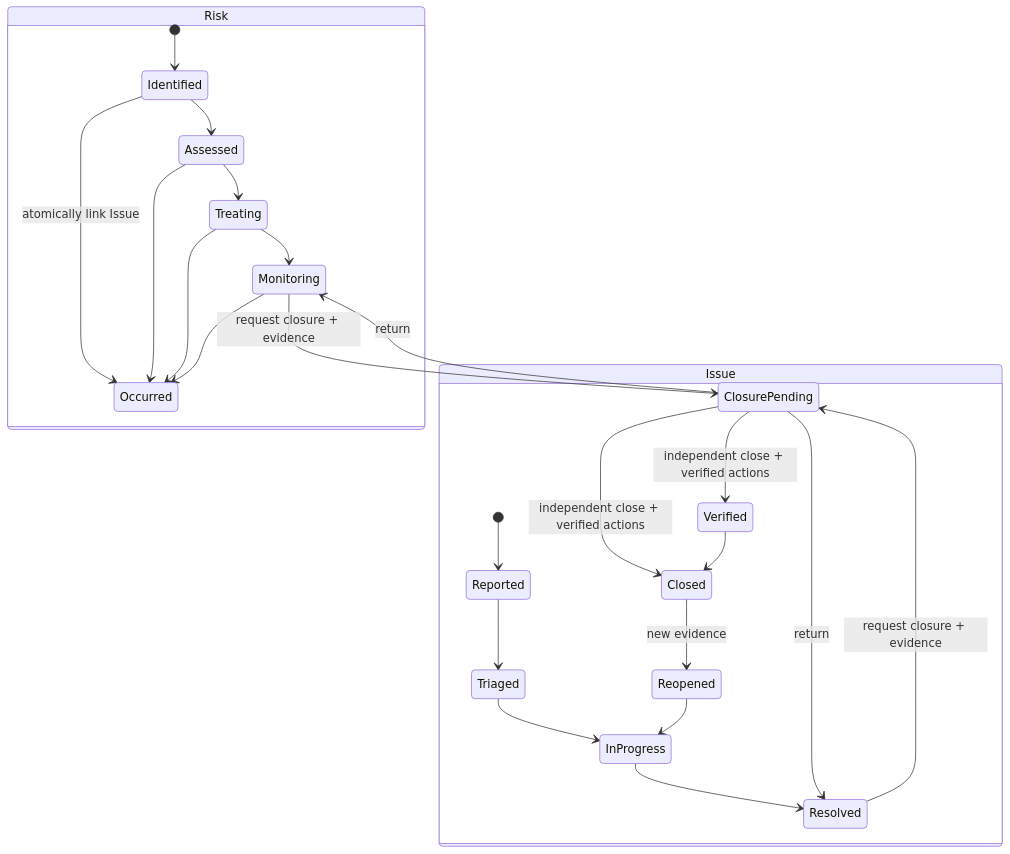
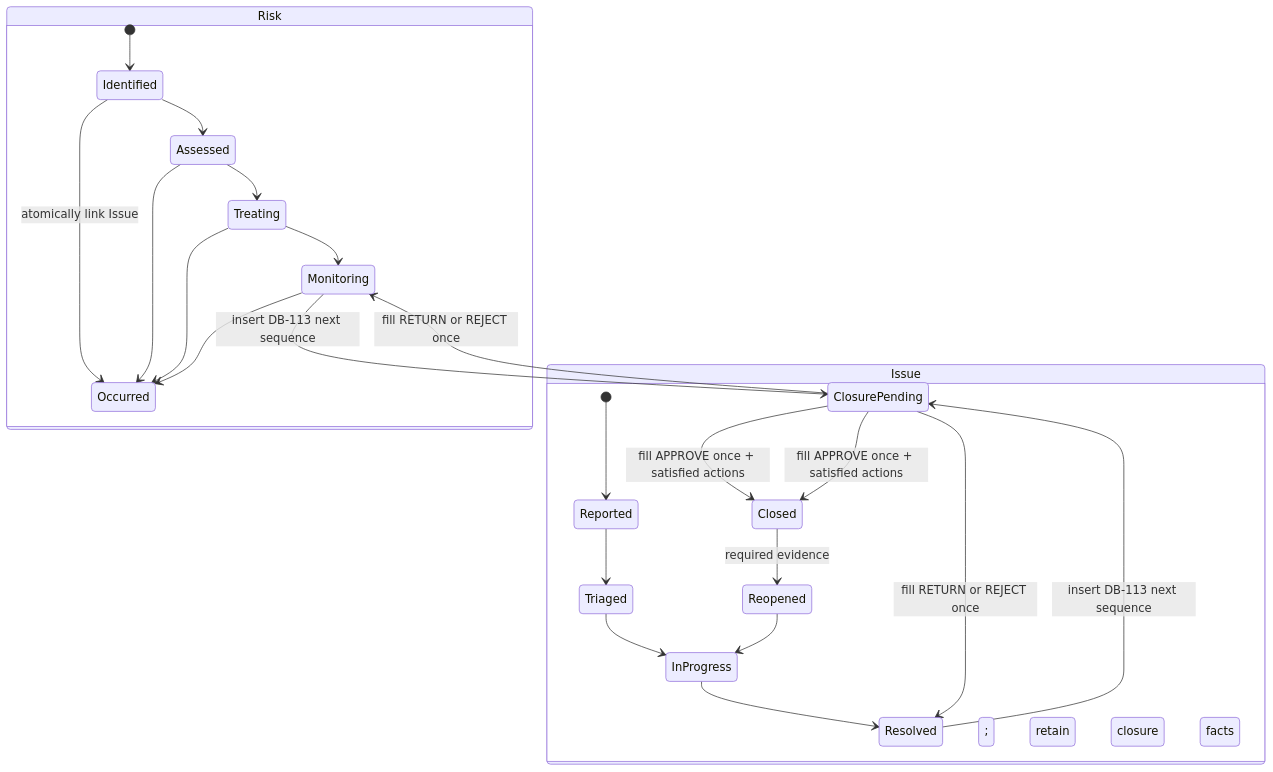
Diagram 21 of 26 in docs/11-workflows-and-state-machines.md (buithethuat03/solar-bess), drawn with Mermaid before and after one commit. The commit also changed other lines of this file and 130 other files, not shown here.

````diff
--- a/docs/11-workflows-and-state-machines.md
+++ b/docs/11-workflows-and-state-machines.md
@@ -680,28 +680,27 @@
 ```mermaid
 stateDiagram-v2
  state Risk {
   [*] --> Identified
   Identified --> Assessed
   Assessed --> Treating
   Treating --> Monitoring
-  Monitoring --> ClosurePending: request closure + evidence
-  ClosurePending --> Monitoring: return
-  ClosurePending --> Closed: independent close + verified actions
+  Monitoring --> ClosurePending: insert DB-113 next sequence
+  ClosurePending --> Monitoring: fill RETURN or REJECT once
+  ClosurePending --> Closed: fill APPROVE once + satisfied actions
   Identified --> Occurred: atomically link Issue
   Assessed --> Occurred
   Treating --> Occurred
   Monitoring --> Occurred
  }
  state Issue {
   [*] --> Reported
   Reported --> Triaged
   Triaged --> InProgress
   InProgress --> Resolved
-  Resolved --> ClosurePending: request closure + evidence
-  ClosurePending --> Resolved: return
-  ClosurePending --> Verified: independent close + verified actions
-  Verified --> Closed
-  Closed --> Reopened: new evidence
+  Resolved --> ClosurePending: insert DB-113 next sequence
+  ClosurePending --> Resolved: fill RETURN or REJECT once
+  ClosurePending --> Closed: fill APPROVE once + satisfied actions
+  Closed --> Reopened: required evidence; retain closure facts
   Reopened --> InProgress
  }
 ```
````
